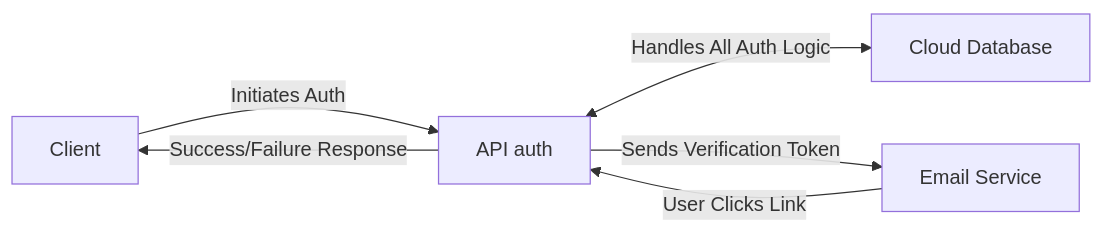
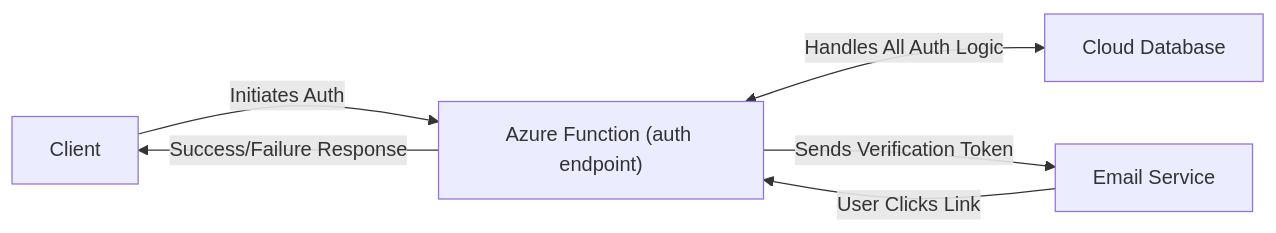
One commit to Santiago01011/TDL_auth_api changed the diagram in README.md. Above: the diagram before and after it, drawn with Mermaid. The commit also changed other lines of this file and 1 other file, not shown here.

````diff
--- a/README.md
+++ b/README.md
@@ -51,8 +52,8 @@
 ```mermaid
 graph LR;
-    A["Client"]-->|"Initiates Auth"| B["API auth"]
+    A["Client"]-->|"Initiates Auth"| B["Azure Function (auth endpoint)"]
     B<-->|"Handles All Auth Logic"| C["Cloud Database"]
     B-->|"Sends Verification Token"| D["Email Service"]
     D-->|"User Clicks Link"| B
     B-->|"Success/Failure Response"| A
 ```
````
